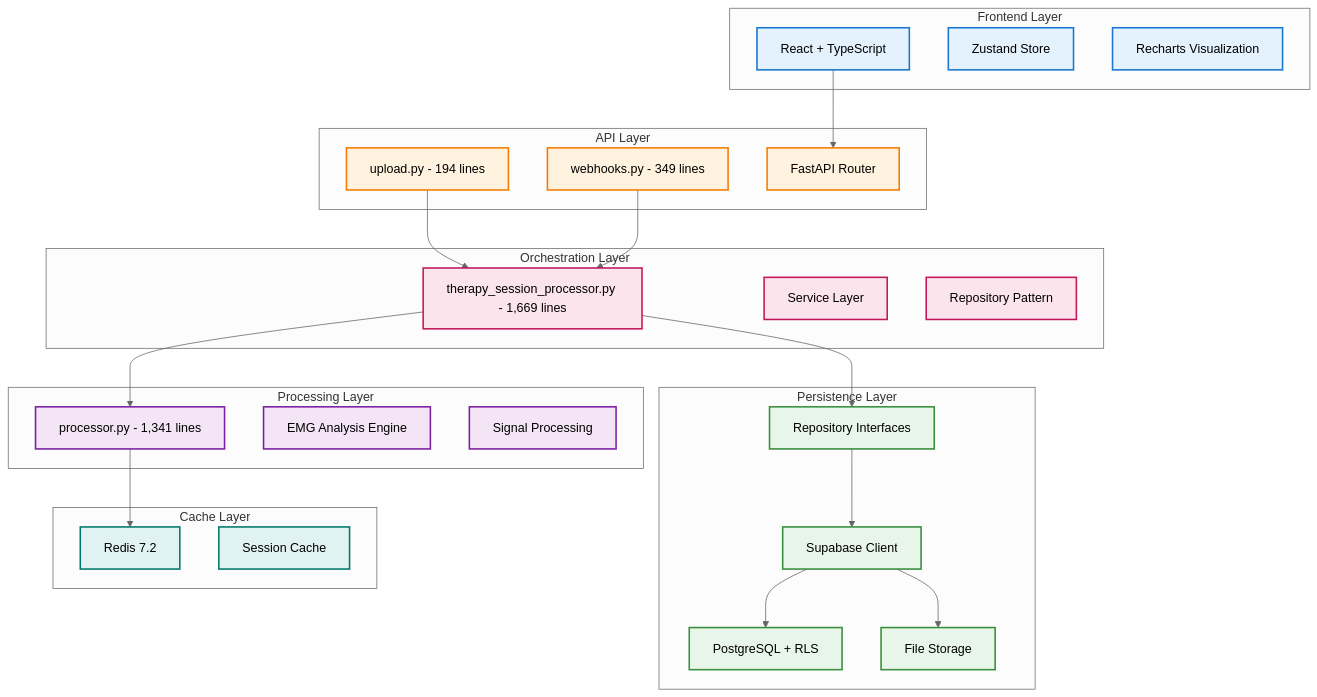
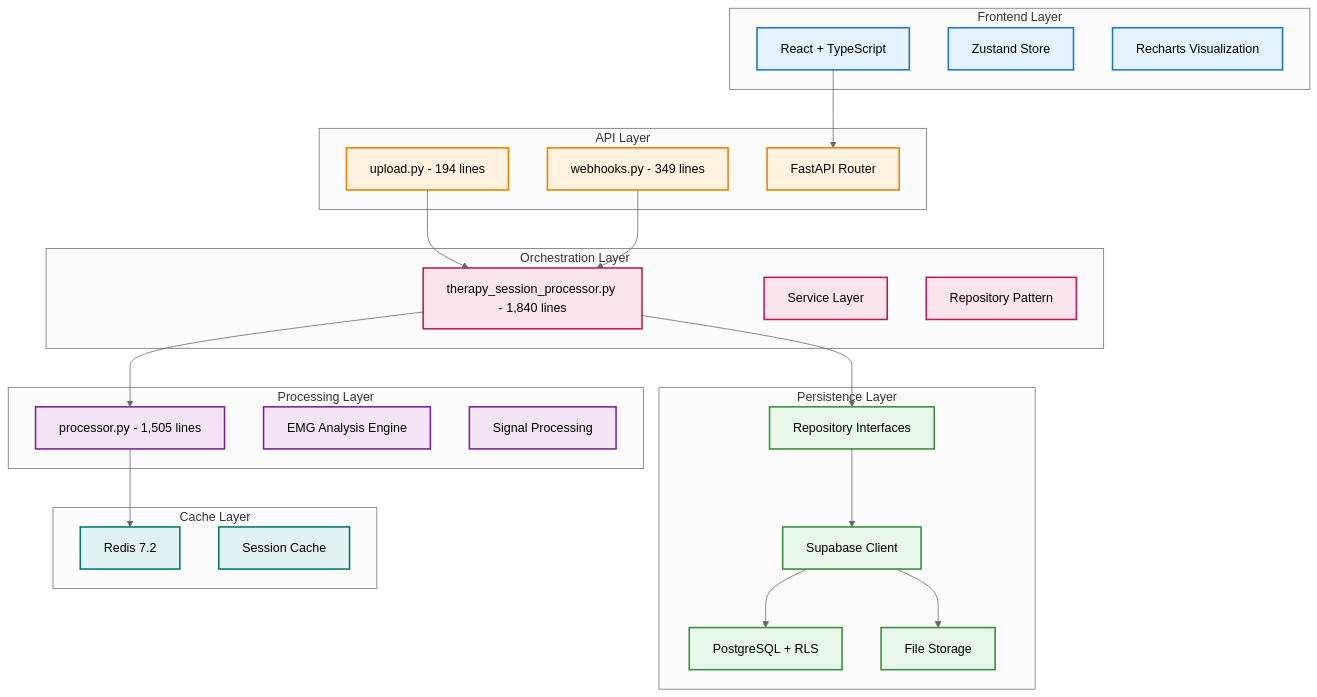
One commit to ggustin93/emg-c3d-analyzer changed the first of 3 diagrams in docusaurus/docs/architecture/overview.md. Above: the diagram before and after it, drawn with Mermaid (neutral theme). The commit also changed other lines of this file and 25 other files, not shown here.

````diff
--- a/docusaurus/docs/architecture/overview.md
+++ b/docusaurus/docs/architecture/overview.md
@@ -22,55 +22,55 @@
 ```mermaid
 graph TB
     subgraph "Frontend Layer"
         UI[React + TypeScript]:::frontend
         State[Zustand Store]:::frontend
         Chart[Recharts Visualization]:::frontend
     end
     
     subgraph "API Layer"
         A1[upload.py - 194 lines]:::api
         A2[webhooks.py - 349 lines]:::api
         A3[FastAPI Router]:::api
     end
     
     subgraph "Orchestration Layer"
-        O1[therapy_session_processor.py - 1,669 lines]:::orchestration
+        O1[therapy_session_processor.py - 1,840 lines]:::orchestration
         O2[Service Layer]:::orchestration
         O3[Repository Pattern]:::orchestration
     end
     
     subgraph "Processing Layer"
-        P1[processor.py - 1,341 lines]:::processing
+        P1[processor.py - 1,505 lines]:::processing
         P2[EMG Analysis Engine]:::processing
         P3[Signal Processing]:::processing
     end
     
     subgraph "Persistence Layer"
         D1[Repository Interfaces]:::database
         D2[Supabase Client]:::database
         D3[PostgreSQL + RLS]:::database
         D4[File Storage]:::database
     end
     
     subgraph "Cache Layer"
         C1[Redis 7.2]:::cache
         C2[Session Cache]:::cache
     end
     
     UI --> A3
     A1 --> O1
     A2 --> O1
     O1 --> P1
     O1 --> D1
     P1 --> C1
     D1 --> D2
     D2 --> D3
     D2 --> D4
     
     classDef frontend fill:#e3f2fd,stroke:#1976d2,stroke-width:2px,color:#000
     classDef api fill:#fff3e0,stroke:#f57c00,stroke-width:2px,color:#000
     classDef orchestration fill:#fce4ec,stroke:#c2185b,stroke-width:2px,color:#000
     classDef processing fill:#f3e5f5,stroke:#7b1fa2,stroke-width:2px,color:#000
     classDef database fill:#e8f5e9,stroke:#388e3c,stroke-width:2px,color:#000
     classDef cache fill:#e0f2f1,stroke:#00796b,stroke-width:2px,color:#000
 ```
````
